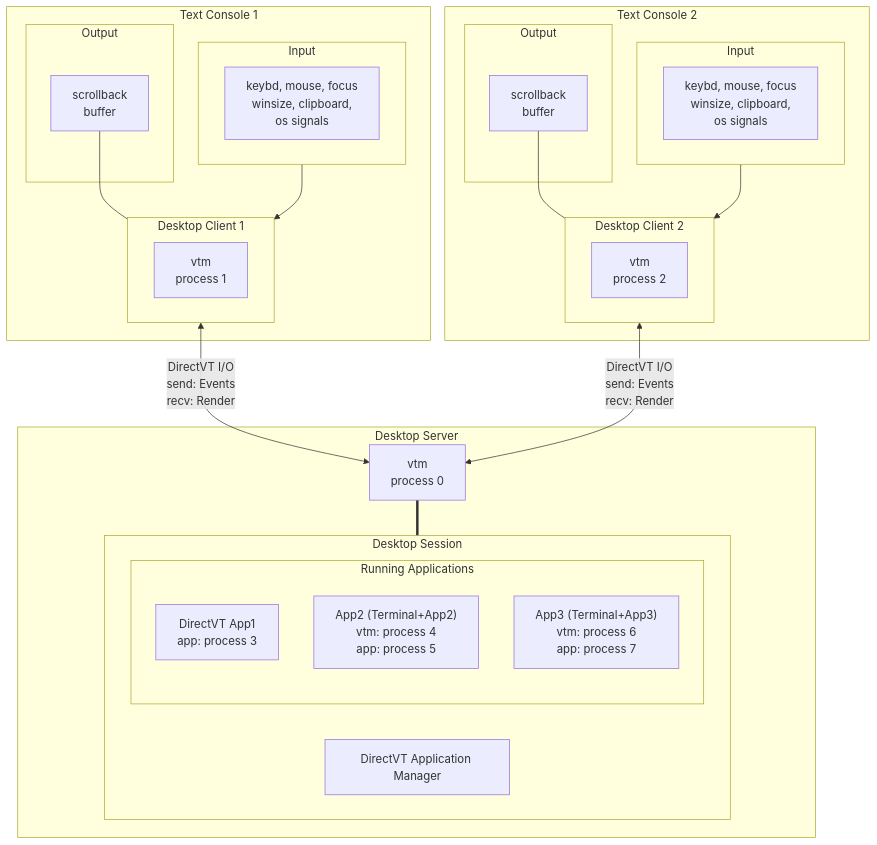
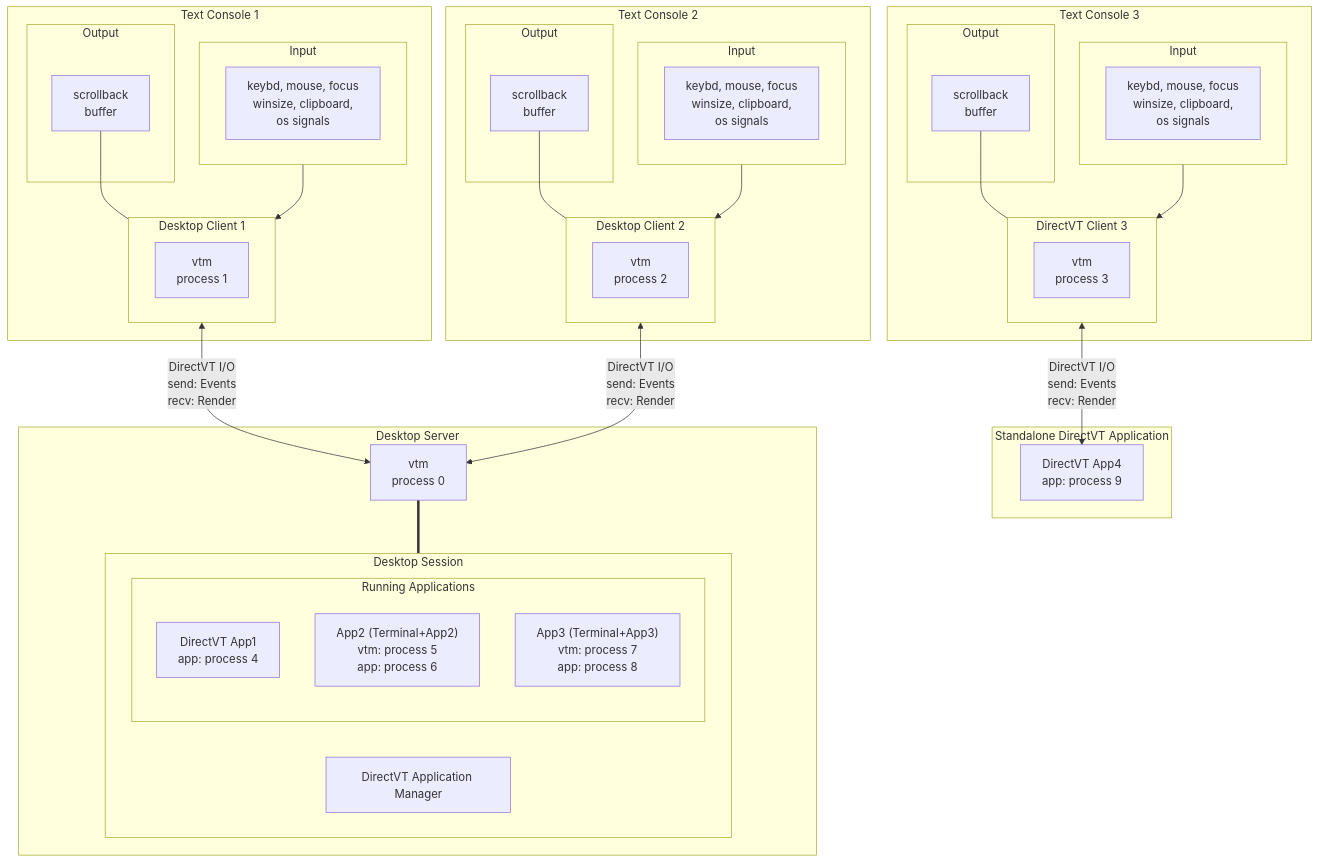
The diagram in doc/architecture.md (directvt/vtm), drawn with Mermaid before and after one commit.

````diff
--- a/doc/architecture.md
+++ b/doc/architecture.md
@@ -5,48 +5,67 @@
 ```mermaid
 graph TB
     subgraph IE10[Text Console 1]
         subgraph IE1[Input]
             direction LR
             C1[keybd, mouse, focus\nwinsize, clipboard,\nos signals]
         end
         subgraph OU1[Output]
             TC1[scrollback\nbuffer]
         end
         subgraph CS1[Desktop Client 1]
             VTM1[vtm\nprocess 1]
         end
         C1 --> CS1
         TC1 --- CS1
     end
 
     subgraph IE20[Text Console 2]
         subgraph IE2[Input]
             direction LR
             C2[keybd, mouse, focus\nwinsize, clipboard,\nos signals]
         end
         subgraph OU2[Output]
             TC2[scrollback\nbuffer]
         end
         subgraph CS2[Desktop Client 2]
             VTM2[vtm\nprocess 2]
         end
         C2 --> CS2
         TC2 --- CS2
     end
 
+    subgraph IE30[Text Console 3]
+        subgraph IE3[Input]
+            direction LR
+            C3[keybd, mouse, focus\nwinsize, clipboard,\nos signals]
+        end
+        subgraph OU3[Output]
+            TC3[scrollback\nbuffer]
+        end
+        subgraph CS3[DirectVT Client 3]
+            VTM3[vtm\nprocess 3]
+        end
+        C3 --> CS3
+        TC3 --- CS3
+    end
+    subgraph APP0x[Standalone DirectVT Application]
+        APP01[DirectVT App4\napp: process 9]
+    end
+    CS3 <-->|DirectVT I/O\nsend: Events\nrecv: Render| APP01
+
     subgraph SS[Desktop Server]
         VTMs[vtm\nprocess 0]
         subgraph SE[Desktop Session]
             DS1["DirectVT Application Manager"]
             subgraph APPx[Running Applications]
-                APP1[DirectVT App1\napp: process 3]
-                APP2["App2 (Terminal+App2)\nvtm: process 4\napp: process 5"]
-                APP3["App3 (Terminal+App3)\nvtm: process 6\napp: process 7"]
+                APP1[DirectVT App1\napp: process 4]
+                APP2["App2 (Terminal+App2)\nvtm: process 5\napp: process 6"]
+                APP3["App3 (Terminal+App3)\nvtm: process 7\napp: process 8"]
             end
         end
         VTMs === SE
    end
 
     CS1 <-->|DirectVT I/O\nsend: Events\nrecv: Render| VTMs
     CS2 <-->|DirectVT I/O\nsend: Events\nrecv: Render| VTMs
 ```
````
